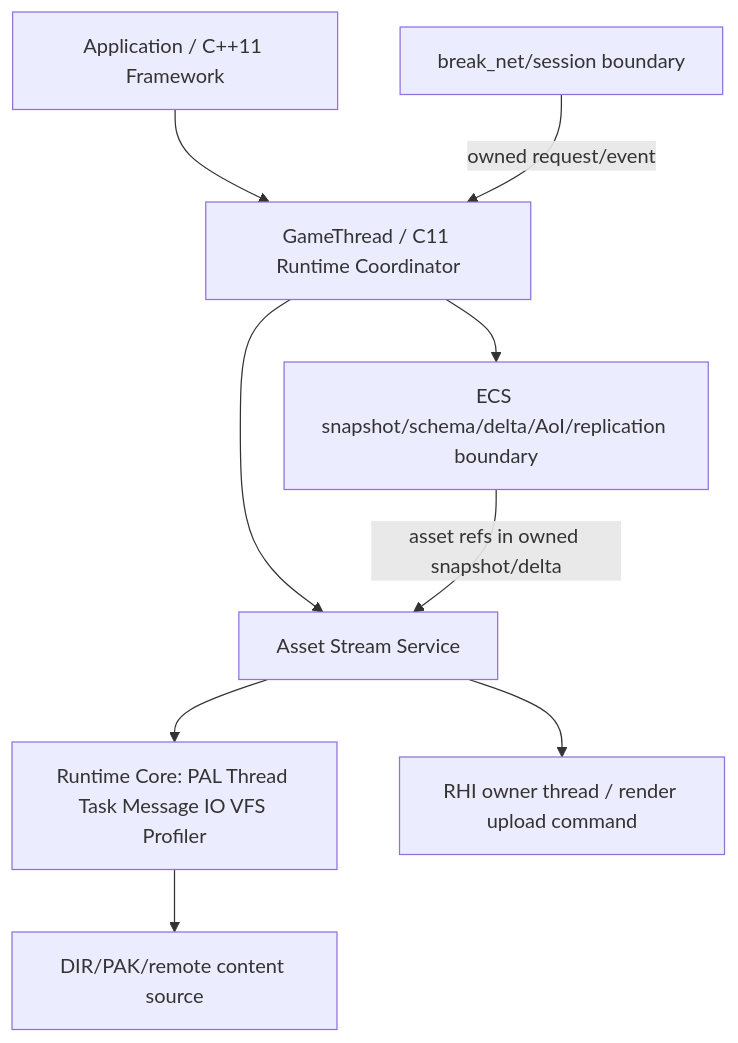
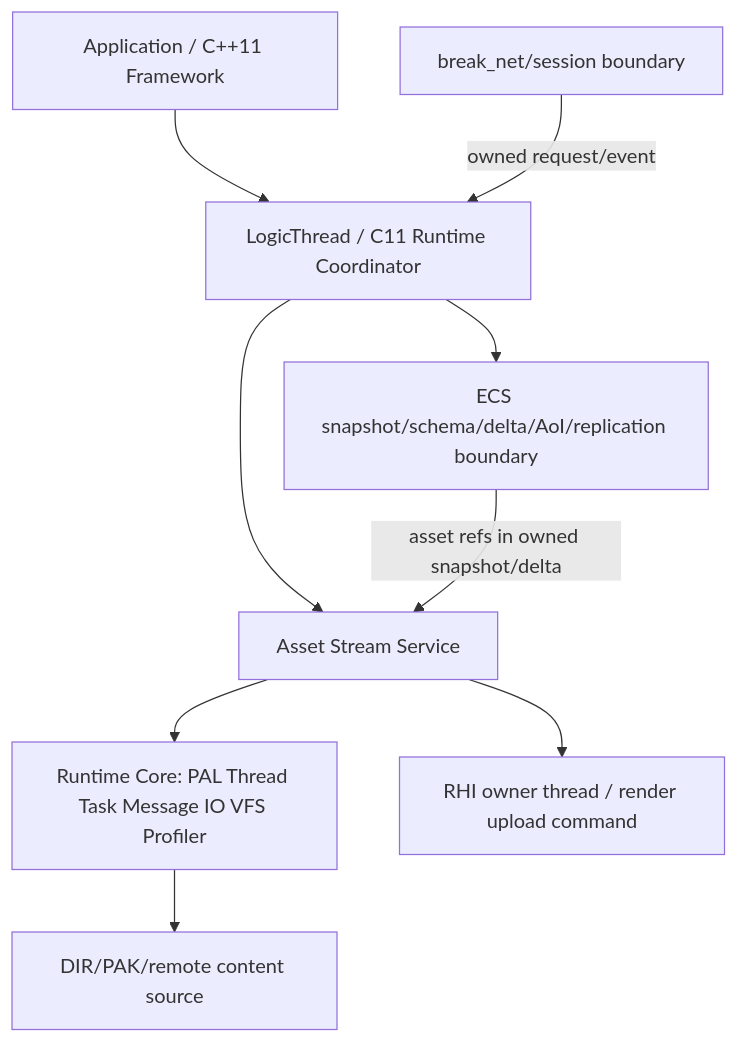
Before and after one commit to konyka/break: the first of 2 diagrams in docs/design/runtime_asset_streaming.md, drawn with Mermaid. The commit also changed other lines of this file and 95 other files, not shown here.

````diff
--- a/docs/design/runtime_asset_streaming.md
+++ b/docs/design/runtime_asset_streaming.md
@@ -66,19 +66,19 @@
 ```mermaid
 flowchart TB
     APP[Application / C++11 Framework]
-    GT[GameThread / C11 Runtime Coordinator]
+    GT[LogicThread / C11 Runtime Coordinator]
     ECS[ECS snapshot/schema/delta/AoI/replication boundary]
     NET[break_net/session boundary]
     AS[Asset Stream Service]
     CORE[Runtime Core: PAL Thread Task Message IO VFS Profiler]
     RHI[RHI owner thread / render upload command]
     FS[DIR/PAK/remote content source]
     APP --> GT
     GT --> ECS
     GT --> AS
     AS --> CORE
     CORE --> FS
     AS --> RHI
     NET -->|owned request/event| GT
     ECS -->|asset refs in owned snapshot/delta| AS
 ```
````
